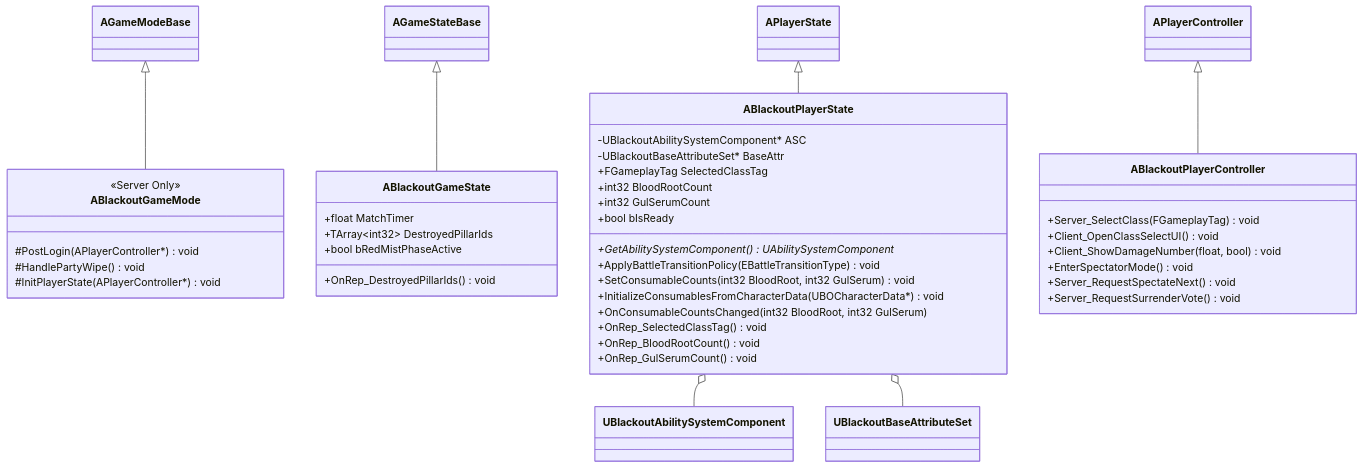
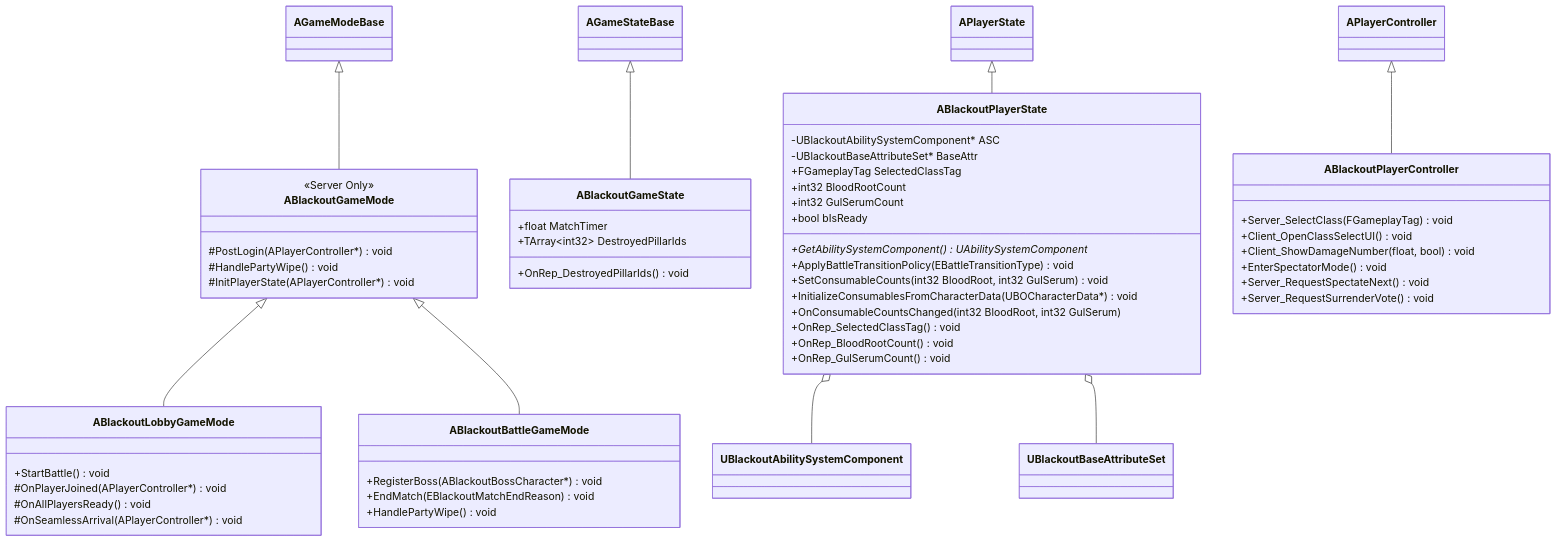
One commit to seongwon1579/ProjectBlackout changed the diagram in Docs/Foundation/01_Framework_Core.md. Above: the diagram before and after it, drawn with Mermaid. The commit also changed other lines of this file and 29 other files, not shown here.

````diff
--- a/Docs/Foundation/01_Framework_Core.md
+++ b/Docs/Foundation/01_Framework_Core.md
@@ -5,52 +5,66 @@
 ```mermaid
 classDiagram
     direction TB
 
     AGameModeBase <|-- ABlackoutGameMode
+    ABlackoutGameMode <|-- ABlackoutLobbyGameMode
+    ABlackoutGameMode <|-- ABlackoutBattleGameMode
     AGameStateBase <|-- ABlackoutGameState
     APlayerState   <|-- ABlackoutPlayerState
     APlayerController <|-- ABlackoutPlayerController
 
     class ABlackoutGameMode {
         <<Server Only>>
         #PostLogin(APlayerController*) void
         #HandlePartyWipe() void
         #InitPlayerState(APlayerController*) void
     }
 
+    class ABlackoutLobbyGameMode {
+        +StartBattle() void
+        #OnPlayerJoined(APlayerController*) void
+        #OnAllPlayersReady() void
+        #OnSeamlessArrival(APlayerController*) void
+    }
+
+    class ABlackoutBattleGameMode {
+        +RegisterBoss(ABlackoutBossCharacter*) void
+        +EndMatch(EBlackoutMatchEndReason) void
+        +HandlePartyWipe() void
+    }
+
     class ABlackoutGameState {
         +float MatchTimer
         +TArray~int32~ DestroyedPillarIds
-        +bool bRedMistPhaseActive
         +OnRep_DestroyedPillarIds() void
     }
 
     class ABlackoutPlayerState {
         -UBlackoutAbilitySystemComponent* ASC
         -UBlackoutBaseAttributeSet* BaseAttr
         +FGameplayTag SelectedClassTag
         +int32 BloodRootCount
         +int32 GulSerumCount
         +bool bIsReady
         +GetAbilitySystemComponent() UAbilitySystemComponent*
         +ApplyBattleTransitionPolicy(EBattleTransitionType) void
         +SetConsumableCounts(int32 BloodRoot, int32 GulSerum) void
         +InitializeConsumablesFromCharacterData(UBOCharacterData*) void
         +OnConsumableCountsChanged(int32 BloodRoot, int32 GulSerum)
         +OnRep_SelectedClassTag() void
         +OnRep_BloodRootCount() void
         +OnRep_GulSerumCount() void
     }
 
     class ABlackoutPlayerController {
         +Server_SelectClass(FGameplayTag) void
         +Client_OpenClassSelectUI() void
         +Client_ShowDamageNumber(float, bool) void
         +EnterSpectatorMode() void
         +Server_RequestSpectateNext() void
         +Server_RequestSurrenderVote() void
     }
 
     ABlackoutPlayerState o-- UBlackoutAbilitySystemComponent
     ABlackoutPlayerState o-- UBlackoutBaseAttributeSet
 ```
````
